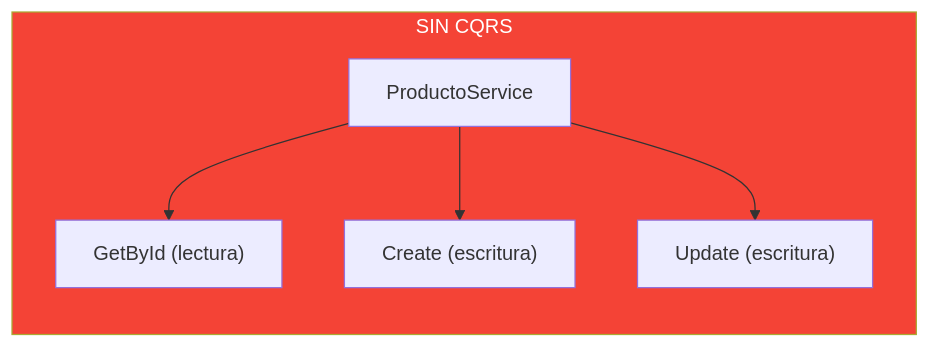
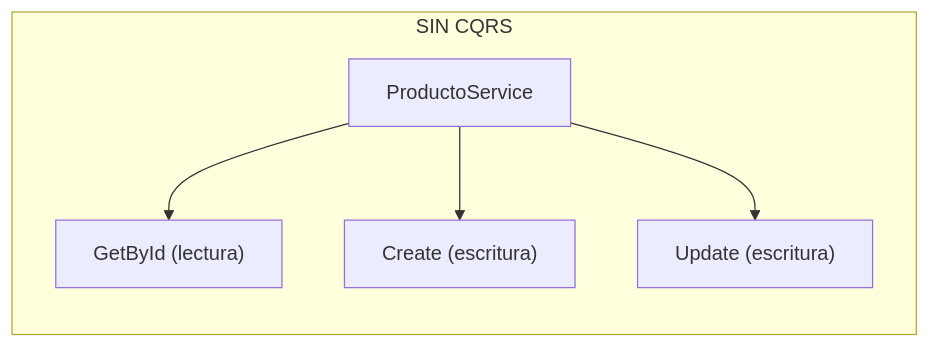
Before and after one commit to joseluisgs/DesarrolloWebEntornosServidor-02-2026-2027: the fourth of 8 diagrams in 11-clean-architecture.md, drawn with Mermaid. The commit also changed other lines of this file and 4 other files, not shown here.

Commit message:
docs: quitar el relleno a los subgraf de los diagramas de los temas 01, 10, 11, 19 y 30

````diff
--- a/11-clean-architecture.md
+++ b/11-clean-architecture.md
@@ -349,10 +340,9 @@
 ```mermaid
 flowchart LR
     subgraph MIXTO["SIN CQRS"]
         S1["ProductoService"] --> L1["GetById (lectura)"]
         S1 --> E1["Create (escritura)"]
         S1 --> U1["Update (escritura)"]
     end
 
-    style MIXTO fill:#f44336,color:#fff
 ```
````
